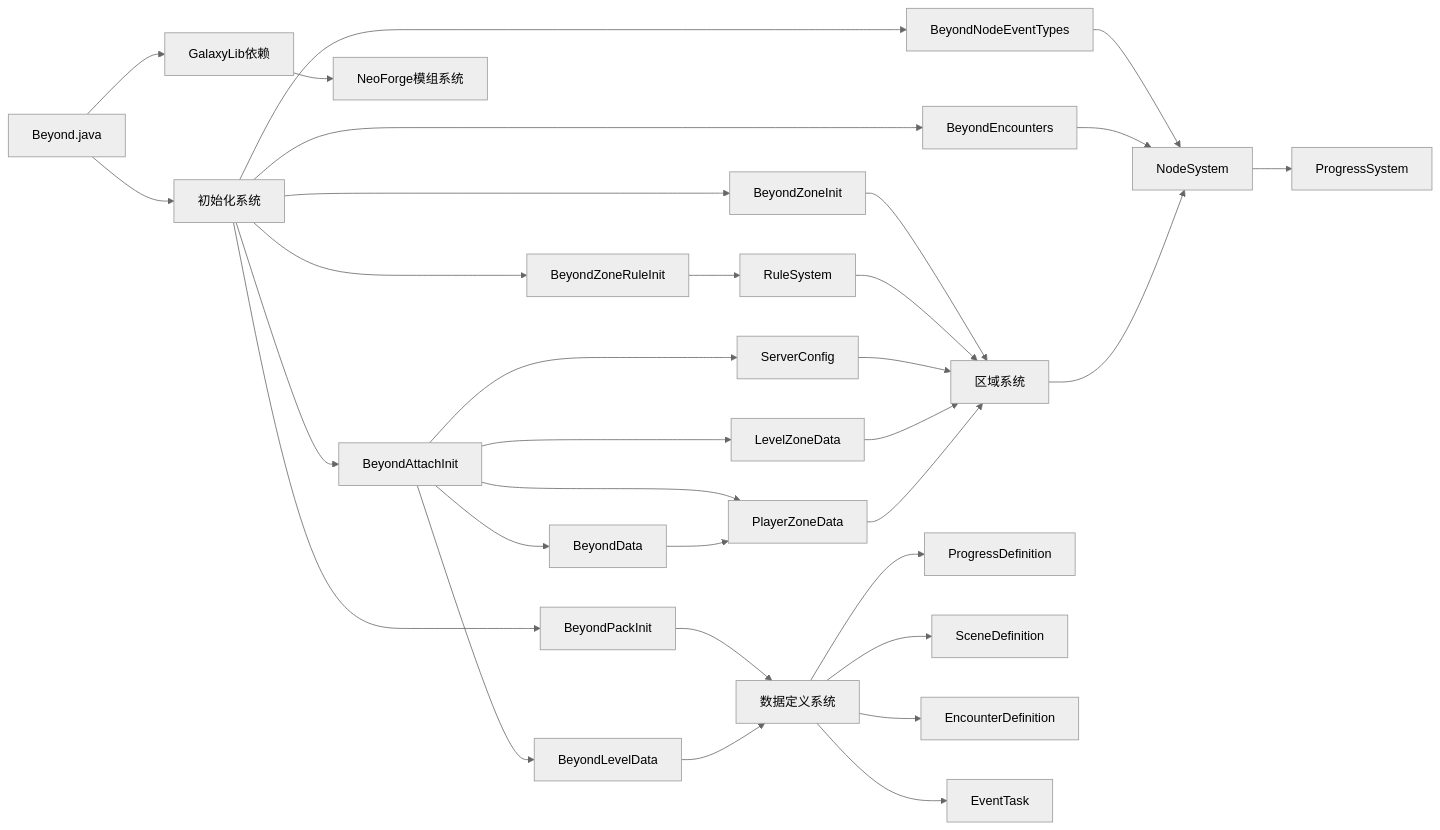
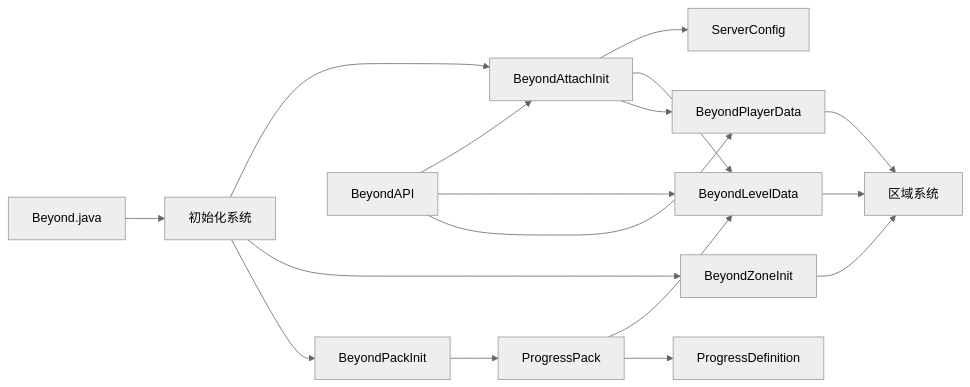
Before and after one commit to Ver-shift/SubModulesGeneHunter: diagram 11 of 11 in .qoder/repowiki/zh/content/模块架构/Beyond安全区模块/Beyond安全区模块.md, drawn with Mermaid (neutral theme). The commit also changed other lines of this file and 61 other files, not shown here.

````diff
--- a/.qoder/repowiki/zh/content/模块架构/Beyond安全区模块/Beyond安全区模块.md
+++ b/.qoder/repowiki/zh/content/模块架构/Beyond安全区模块/Beyond安全区模块.md
@@ -800,34 +550,19 @@
 ```mermaid
 graph LR
 Beyond["Beyond.java"] --> Init["初始化系统"]
 Init --> Attach["BeyondAttachInit"]
 Init --> ZoneInit["BeyondZoneInit"]
-Init --> NodeInit["BeyondNodeEventTypes"]
-Init --> Encounters["BeyondEncounters"]
-Init --> ZoneRule["BeyondZoneRuleInit"]
 Init --> PackInit["BeyondPackInit"]
 Attach --> Config["ServerConfig"]
-Attach --> Data["BeyondData"]
-Attach --> LevelData["LevelZoneData"]
-Attach --> PlayerData["PlayerZoneData"]
-Attach --> LevelDef["BeyondLevelData"]
+Attach --> LevelData["BeyondLevelData"]
+Attach --> PlayerData["BeyondPlayerData"]
+PackInit --> ProgressPack["ProgressPack"]
+ProgressPack --> LevelData
+ProgressPack --> ProgressDef["ProgressDefinition"]
 ZoneInit --> ZoneSystem["区域系统"]
-NodeInit --> NodeSystem
-Encounters --> NodeSystem
-ZoneRule --> RuleSystem
-PackInit --> DataDef["数据定义系统"]
-DataDef --> ProgressDef["ProgressDefinition"]
-DataDef --> SceneDef["SceneDefinition"]
-DataDef --> EncounterDef["EncounterDefinition"]
-DataDef --> EventTask["EventTask"]
-ZoneSystem --> NodeSystem
-NodeSystem --> ProgressSystem
-RuleSystem --> ZoneSystem
-Config --> ZoneSystem
-Data --> PlayerData
+API["BeyondAPI"] --> Attach
+API --> LevelData
+API --> PlayerData
 LevelData --> ZoneSystem
 PlayerData --> ZoneSystem
-LevelDef --> DataDef
-Beyond --> GalaxyLib["GalaxyLib依赖"]
-GalaxyLib --> ModSystem["NeoForge模组系统"]
 ```
````
